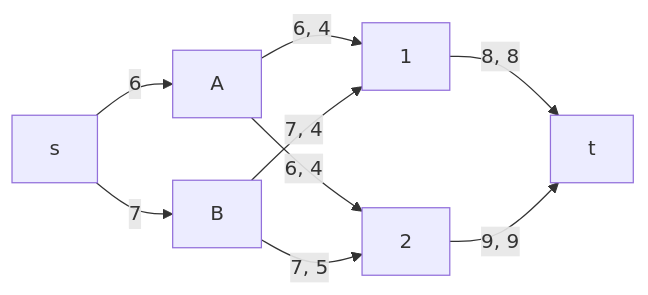
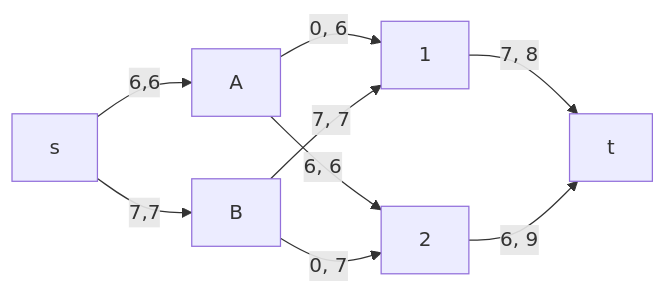
Before and after one commit to hse-algo-24-crow/manual-tasks-crow: the first of 5 diagrams in task-14/python-gang.md, drawn with Mermaid. The commit also changed other lines of this file, not shown here.

````diff
--- a/task-14/python-gang.md
+++ b/task-14/python-gang.md
@@ -32,13 +32,13 @@
 ```mermaid
 graph LR
-    s-->|6|A
-    s-->|7|B
+    s-->|6,6|A
+    s-->|7,7|B
 
-    A-->|6, 4|1
-    A-->|6, 4|2
-    B-->|7, 4|1
-    B-->|7, 5|2
+    A-->|0, 6|1
+    A-->|6, 6|2
+    B-->|7, 7|1
+    B-->|0, 7|2
 
-    1-->|8, 8|t
-    2-->|9, 9|t
+    1-->|7, 8|t
+    2-->|6, 9|t
 ```
````
